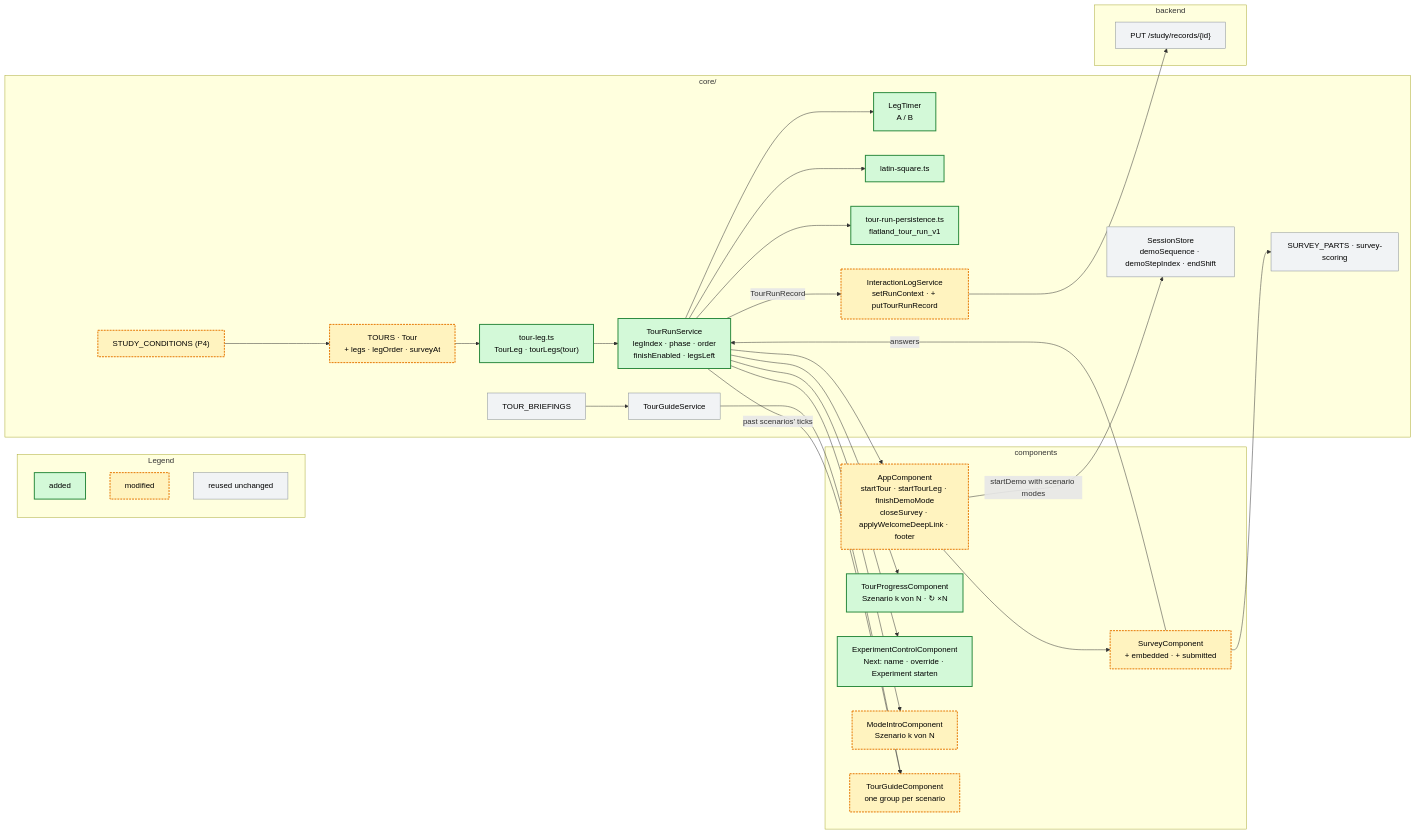
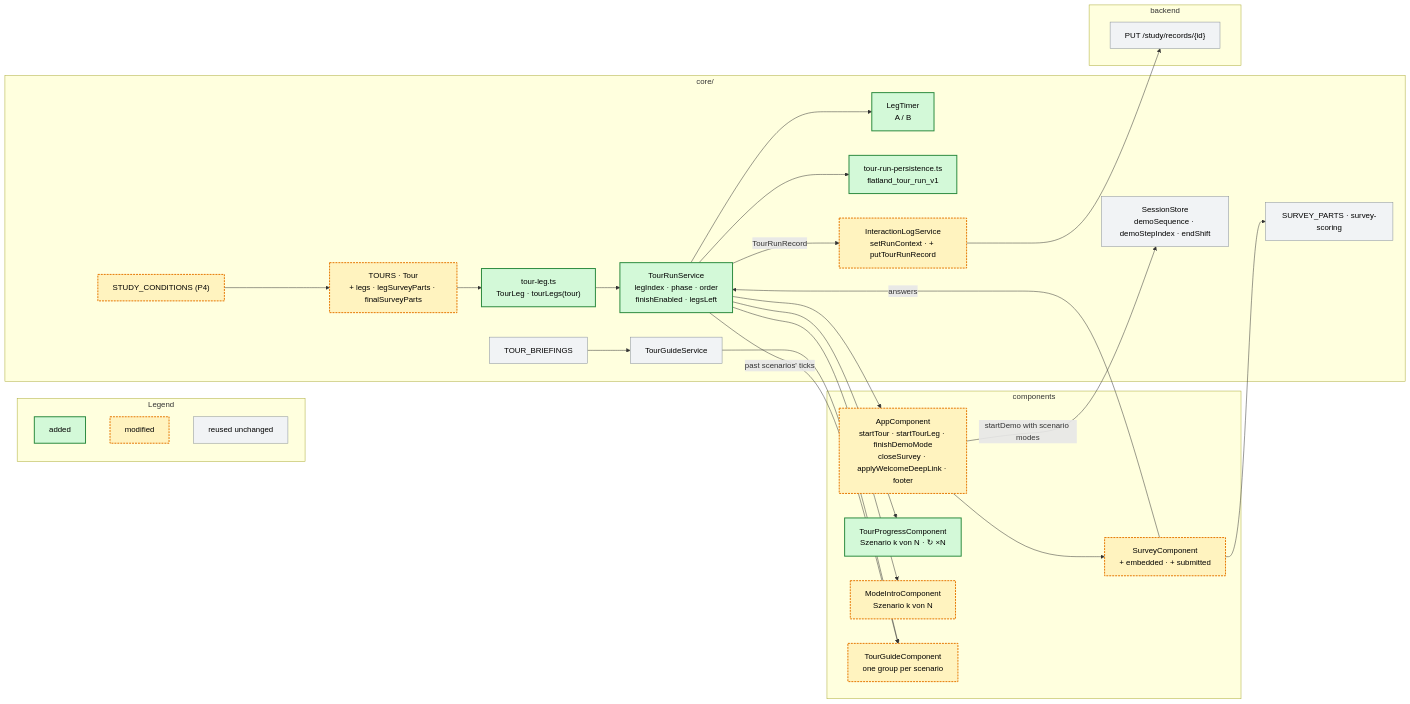
One commit to flatland-association/flatland-ui-hub changed the third of 3 diagrams in docs/plans/experiment-workflow.md. Above: the diagram before and after it, drawn with Mermaid. The commit also changed other lines of this file and 1 other file, not shown here.

First line of the commit message:
docs(plans): record #131 decisions on networks, tours, handover and flow

````diff
--- a/docs/plans/experiment-workflow.md
+++ b/docs/plans/experiment-workflow.md
@@ -466,80 +516,74 @@
 ```mermaid
 flowchart LR
   subgraph legend [Legend]
     direction TB
     LA[added]
     LM[modified]
     LU[reused unchanged]
   end
 
   subgraph core [core/]
-    Tours["TOURS · Tour<br/>+ legs · legOrder · surveyAt"]
+    Tours["TOURS · Tour<br/>+ legs · legSurveyParts · finalSurveyParts"]
     Norm["tour-leg.ts<br/>TourLeg · tourLegs(tour)"]
     Run["TourRunService<br/>legIndex · phase · order<br/>finishEnabled · legsLeft"]
     Timer["LegTimer<br/>A / B"]
-    Latin["latin-square.ts"]
     Persist["tour-run-persistence.ts<br/>flatland_tour_run_v1"]
     Log["InteractionLogService<br/>setRunContext · + putTourRunRecord"]
     Cond["STUDY_CONDITIONS (P4)"]
     Store["SessionStore<br/>demoSequence · demoStepIndex · endShift"]
     Guide["TourGuideService"]
     Briefings["TOUR_BRIEFINGS"]
     Surveys["SURVEY_PARTS · survey-scoring"]
   end
 
   subgraph ui [components]
     App["AppComponent<br/>startTour · startTourLeg · finishDemoMode<br/>closeSurvey · applyWelcomeDeepLink · footer"]
     Progress["TourProgressComponent<br/>Szenario k von N · ↻ ×N"]
-    Control["ExperimentControlComponent<br/>Next: name · override · Experiment starten"]
     Survey["SurveyComponent<br/>+ embedded · + submitted"]
     Intro["ModeIntroComponent<br/>Szenario k von N"]
     GuideUi["TourGuideComponent<br/>one group per scenario"]
   end
 
   subgraph be [backend]
     Sink["PUT /study/records/{id}"]
   end
 
   Tours --> Norm
   Norm --> Run
   Run --> Timer
-  Run --> Latin
   Run --> Persist
   Run --> App
   App -- startDemo with scenario modes --> Store
   Run --> Progress
-  Run --> Control
   Run --> Intro
   Run -- past scenarios' ticks --> GuideUi
   Guide --> GuideUi
   Briefings --> Guide
   App --> Survey
   Survey -- answers --> Run
   Survey --> Surveys
   Run -- TourRunRecord --> Log
   Log --> Sink
   Cond --> Tours
 
   style LA fill:#d3f9d8,stroke:#2b8a3e,stroke-width:2px,color:#000
   style LM fill:#fff3bf,stroke:#e67700,stroke-width:2px,stroke-dasharray:4 2,color:#000
   style LU fill:#f1f3f5,stroke:#868e96,color:#000
   style Tours fill:#fff3bf,stroke:#e67700,stroke-width:2px,stroke-dasharray:4 2,color:#000
   style Norm fill:#d3f9d8,stroke:#2b8a3e,stroke-width:2px,color:#000
   style Run fill:#d3f9d8,stroke:#2b8a3e,stroke-width:2px,color:#000
   style Timer fill:#d3f9d8,stroke:#2b8a3e,stroke-width:2px,color:#000
-  style Latin fill:#d3f9d8,stroke:#2b8a3e,stroke-width:2px,color:#000
   style Persist fill:#d3f9d8,stroke:#2b8a3e,stroke-width:2px,color:#000
   style Log fill:#fff3bf,stroke:#e67700,stroke-width:2px,stroke-dasharray:4 2,color:#000
   style Cond fill:#fff3bf,stroke:#e67700,stroke-width:2px,stroke-dasharray:4 2,color:#000
   style Store fill:#f1f3f5,stroke:#868e96,color:#000
   style Guide fill:#f1f3f5,stroke:#868e96,color:#000
   style Briefings fill:#f1f3f5,stroke:#868e96,color:#000
   style Surveys fill:#f1f3f5,stroke:#868e96,color:#000
   style App fill:#fff3bf,stroke:#e67700,stroke-width:2px,stroke-dasharray:4 2,color:#000
   style Progress fill:#d3f9d8,stroke:#2b8a3e,stroke-width:2px,color:#000
-  style Control fill:#d3f9d8,stroke:#2b8a3e,stroke-width:2px,color:#000
   style Survey fill:#fff3bf,stroke:#e67700,stroke-width:2px,stroke-dasharray:4 2,color:#000
   style Intro fill:#fff3bf,stroke:#e67700,stroke-width:2px,stroke-dasharray:4 2,color:#000
   style GuideUi fill:#fff3bf,stroke:#e67700,stroke-width:2px,stroke-dasharray:4 2,color:#000
   style Sink fill:#f1f3f5,stroke:#868e96,color:#000
 ```
````
